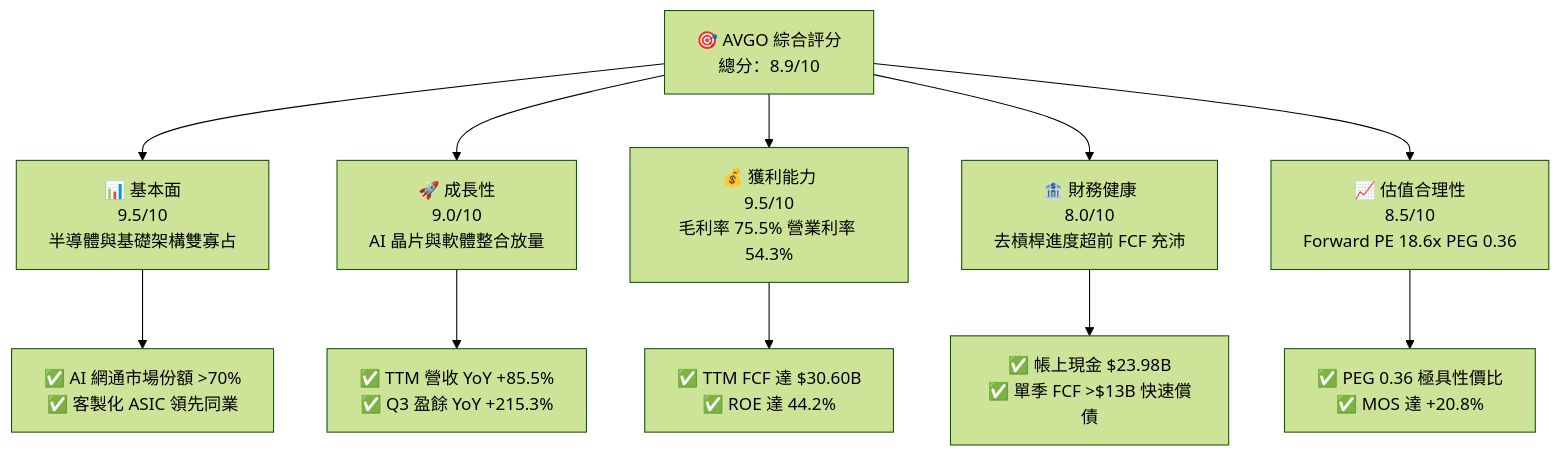
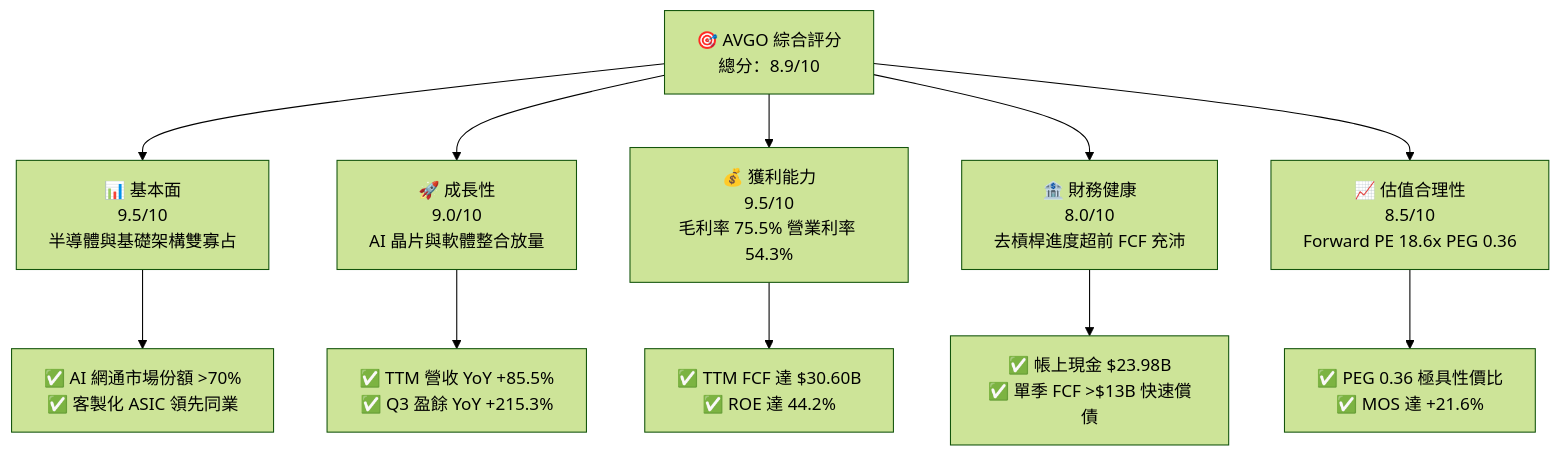
One commit to yennanliu/finance_data changed the first of 15 diagrams in ai_gen_report/fundamental/avgo/fundamental_analysis_2026-10-12_gemini.md. Above: the diagram before and after it, drawn with Mermaid (forest theme). The commit also changed other lines of this file and 339 other files, not shown here.

````diff
--- a/ai_gen_report/fundamental/avgo/fundamental_analysis_2026-10-12_gemini.md
+++ b/ai_gen_report/fundamental/avgo/fundamental_analysis_2026-10-12_gemini.md
@@ -58,22 +65,22 @@
 ```mermaid
 graph TD
     AVGO["🎯 AVGO 綜合評分<br/>總分：8.9/10"]
 
     F["📊 基本面<br/>9.5/10<br/>半導體與基礎架構雙寡占"]
     G["🚀 成長性<br/>9.0/10<br/>AI 晶片與軟體整合放量"]
     P["💰 獲利能力<br/>9.5/10<br/>毛利率 75.5% 營業利率 54.3%"]
     B["🏦 財務健康<br/>8.0/10<br/>去槓桿進度超前 FCF 充沛"]
     V["📈 估值合理性<br/>8.5/10<br/>Forward PE 18.6x PEG 0.36"]
 
     AVGO --> F
     AVGO --> G
     AVGO --> P
     AVGO --> B
     AVGO --> V
 
     F --> F1["✅ AI 網通市場份額 >70%<br/>✅ 客製化 ASIC 領先同業"]
     G --> G1["✅ TTM 營收 YoY +85.5%<br/>✅ Q3 盈餘 YoY +215.3%"]
     P --> P1["✅ TTM FCF 達 $30.60B<br/>✅ ROE 達 44.2%"]
     B --> B1["✅ 帳上現金 $23.98B<br/>✅ 單季 FCF >$13B 快速償債"]
-    V --> V1["✅ PEG 0.36 極具性價比<br/>✅ MOS 達 +20.8%"]
+    V --> V1["✅ PEG 0.36 極具性價比<br/>✅ MOS 達 +21.6%"]
 ```
````
